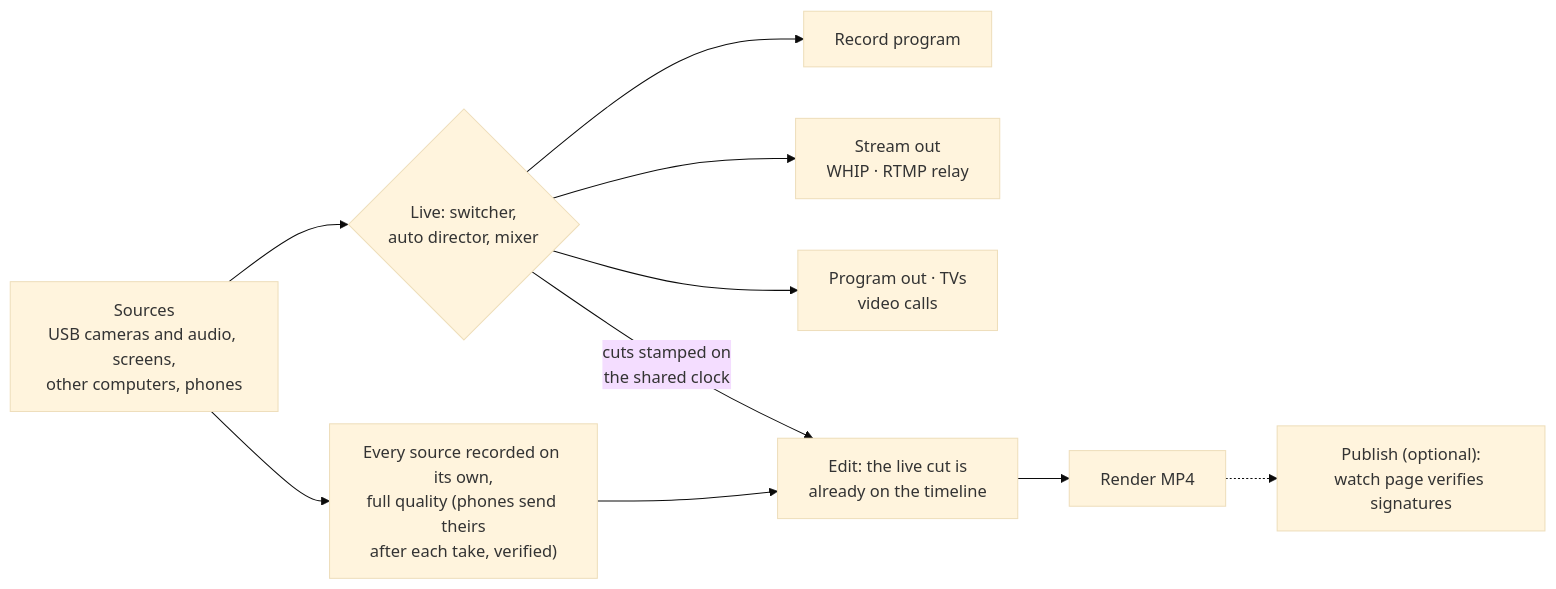
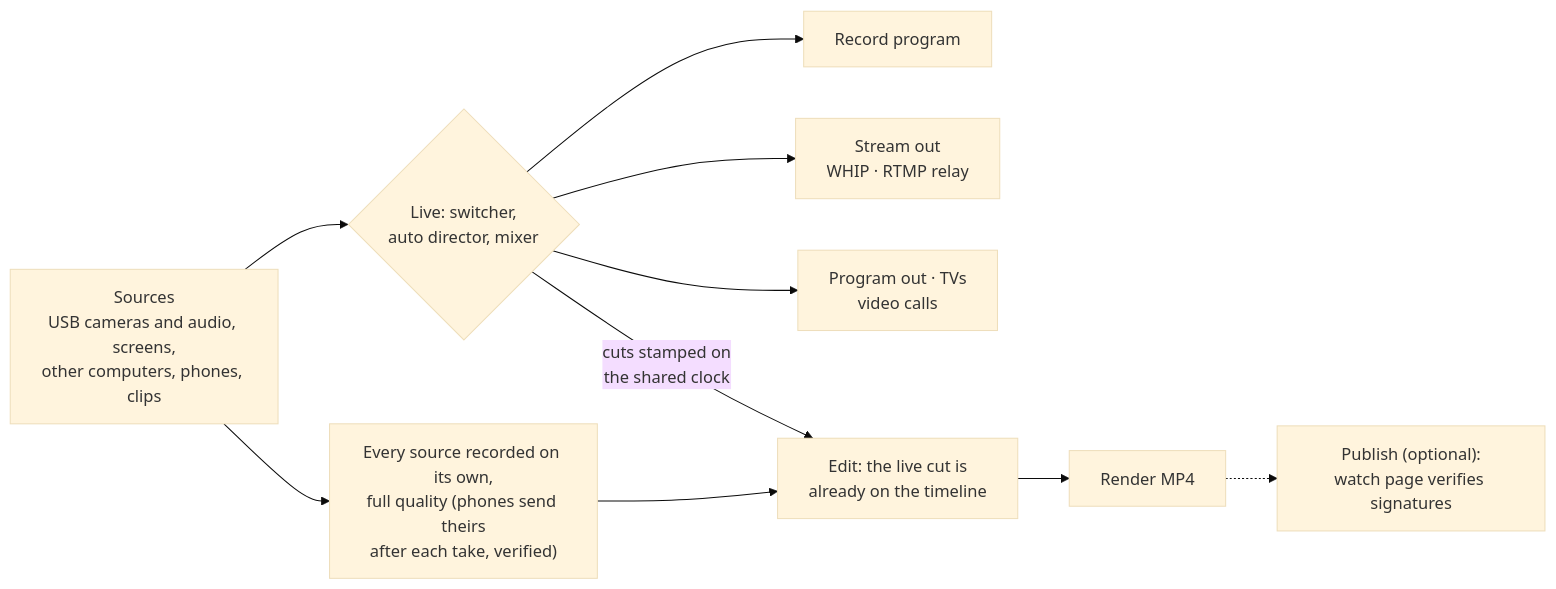
One commit to jtalbott22/vuemesh changed the third of 3 diagrams in README.md. Above: the diagram before and after it, drawn with Mermaid (base theme). The commit also changed other lines of this file, not shown here.

First line of the commit message:
README: clips for ads, b-roll and packages; breaks your way

````diff
--- a/README.md
+++ b/README.md
@@ -277,12 +282,12 @@
 ```mermaid
 flowchart LR
-  A["Sources<br/>USB cameras and audio, screens,<br/>other computers, phones"] --> C{"Live: switcher,<br/>auto director, mixer"}
+  A["Sources<br/>USB cameras and audio, screens,<br/>other computers, phones, clips"] --> C{"Live: switcher,<br/>auto director, mixer"}
   C --> D["Record program"]
   C --> E["Stream out<br/>WHIP · RTMP relay"]
   C --> F["Program out · TVs<br/>video calls"]
   A --> G["Every source recorded on its own,<br/>full quality (phones send theirs<br/>after each take, verified)"]
   C -- "cuts stamped on<br/>the shared clock" --> H["Edit: the live cut is<br/>already on the timeline"]
   G --> H
   H --> I["Render MP4"]
   I -.-> J["Publish (optional):<br/>watch page verifies signatures"]
 ```
````
